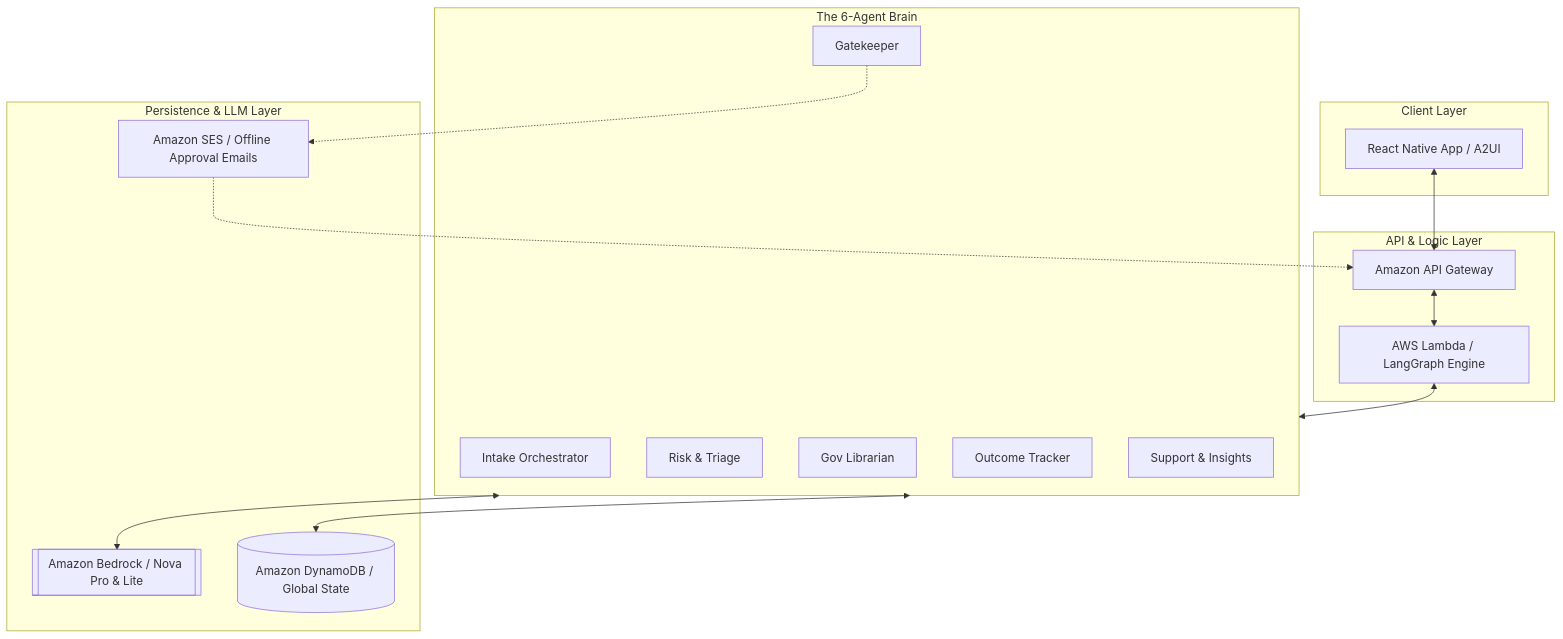
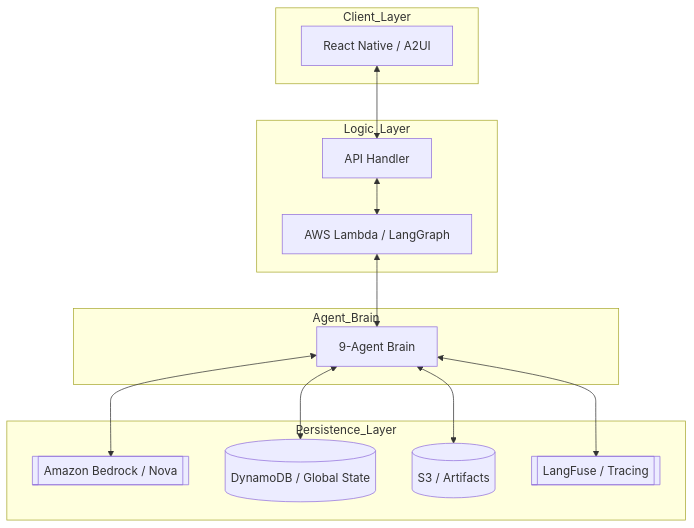
The second of 2 diagrams in README.MD (Ready2k/AIGU), drawn with Mermaid before and after one commit. The commit also changed other lines of this file and 1 other file, not shown here.

Commit message:
feat: add detailed user guide and update README to reflect the new 9-agent, multi-phase AIGU lifecycle.

````diff
--- a/README.MD
+++ b/README.MD
@@ -120,35 +122,30 @@
 ```mermaid
 graph TB
-    subgraph Client_Layer [Client Layer]
-        A2UI[React Native App / A2UI]
+    subgraph Client_Layer
+        A2UI[React Native / A2UI]
     end
 
-    subgraph API_Layer [API & Logic Layer]
-        APIGW[Amazon API Gateway]
-        Lambda[AWS Lambda / LangGraph Engine]
+    subgraph Logic_Layer
+        Lambda[AWS Lambda / LangGraph]
+        Handler[API Handler]
     end
 
-    subgraph Agent_Brain [The 6-Agent Brain]
-        Intake[Intake Orchestrator]
-        Risk[Risk & Triage]
-        Lib[Gov Librarian]
-        Gate[Gatekeeper]
-        Out[Outcome Tracker]
-        Supp[Support & Insights]
+    subgraph Agent_Brain
+        Agents[9-Agent Brain]
     end
 
-    subgraph Persistence_Models [Persistence & LLM Layer]
-        Bedrock[[Amazon Bedrock / Nova Pro & Lite]]
-        Dynamo[(Amazon DynamoDB / Global State)]
-        SES[Amazon SES / Offline Approval Emails]
+    subgraph Persistence_Layer
+        Bedrock[[Amazon Bedrock / Nova]]
+        Dynamo[(DynamoDB / Global State)]
+        S3[(S3 / Artifacts)]
+        LangFuse[[LangFuse / Tracing]]
     end
 
-    %% Flow Connections
-    A2UI <--> APIGW
-    APIGW <--> Lambda
-    Lambda <--> Agent_Brain
-    Agent_Brain <--> Bedrock
-    Agent_Brain <--> Dynamo
-    Gate -.-> SES
-    SES -.-> APIGW
+    A2UI <--> Handler
+    Handler <--> Lambda
+    Lambda <--> Agents
+    Agents <--> Bedrock
+    Agents <--> Dynamo
+    Agents <--> S3
+    Agents <--> LangFuse
 ```
````
